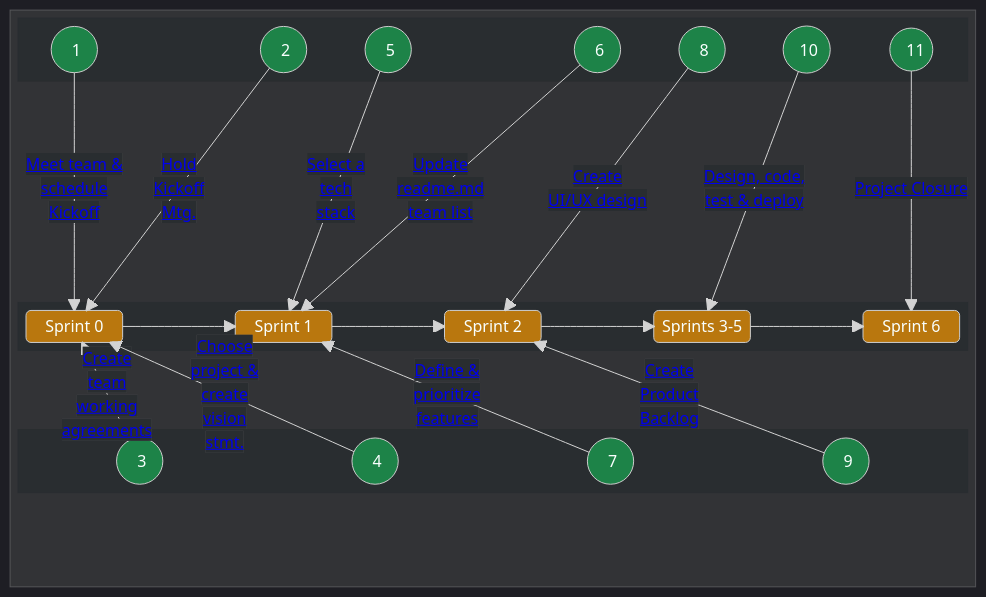
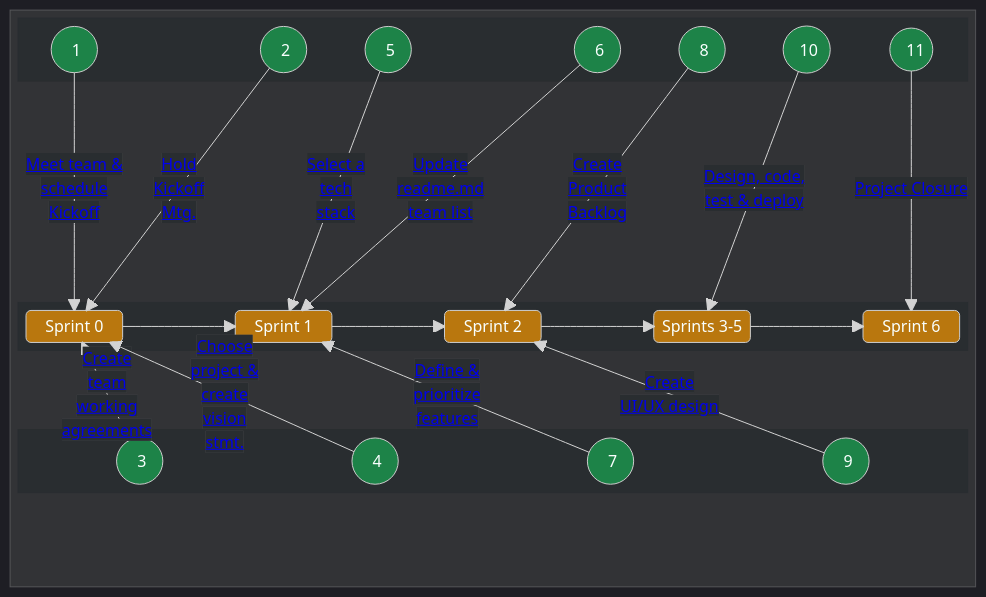
The first of 2 diagrams in docs/guides/voyage/voyage.md (chingu-voyages/Handbook), drawn with Mermaid before and after one commit.

Commit message:
Feature: Update sprint diagram task ordering

```diff
--- a/docs/guides/voyage/voyage.md
+++ b/docs/guides/voyage/voyage.md
@@ -113,8 +113,8 @@
       A7 -- "<a style="background-color:#292d30" href="https://github.com/chingu-voyages/Handbook/blob/main/docs/guides/voyage/voyage.md#7-define--prioritize-mvp-features-">Define &</br>prioritize</br>features</a>" --> SPRINT1
       A6 -- "<a style="background-color:#292d30" href="https://github.com/chingu-voyages/Handbook/blob/main/docs/guides/voyage/voyage.md#6-add-your-info-to-the-team-list-in-your-readmemd-%EF%B8%8F">Update</br>readme.md</br>team list<a/>" --> SPRINT1
       A5 -- "<a style="background-color:#292d30" href="https://github.com/chingu-voyages/Handbook/blob/main/docs/guides/voyage/voyage.md#5-select-a-tech-stack">Select a</br>tech</br>stack</a>" --> SPRINT1
-      A9 -- "<a style="background-color:#292d30" href="https://github.com/chingu-voyages/Handbook/blob/main/docs/guides/voyage/voyage.md#8-setup-product-backlog-">Create</br>Product</br>Backlog</a>" --> SPRINT2
-      A8 -- "<a style="background-color:#292d30" href="https://github.com/chingu-voyages/Handbook/blob/main/docs/guides/voyage/voyage.md#9-create-a-low-fidelity-wireframe-%EF%B8%8F">Create</br>UI/UX design</a>" --> SPRINT2
+      A8 -- "<a style="background-color:#292d30" href="https://github.com/chingu-voyages/Handbook/blob/main/docs/guides/voyage/voyage.md#8-setup-product-backlog-">Create</br>Product</br>Backlog</a>" --> SPRINT2
+      A9 -- "<a style="background-color:#292d30" href="https://github.com/chingu-voyages/Handbook/blob/main/docs/guides/voyage/voyage.md#9-create-a-low-fidelity-wireframe-%EF%B8%8F">Create</br>UI/UX design</a>" --> SPRINT2
       A10 -- "<a style="background-color:#292d30" href="https://github.com/chingu-voyages/Handbook/blob/main/docs/guides/voyage/voyage.md#10-sprint-3-5---reaching-your-mvp-">Design, code,</br>test & deploy</a>" --> SPRINTS35
       A11 -- "<a style="background-color:#292d30" href="https://github.com/chingu-voyages/Handbook/blob/main/docs/guides/voyage/voyage.md#11-sprint-3-5---reaching-your-mvp-">Project Closure</a>" --> SPRINT6
     end
```
